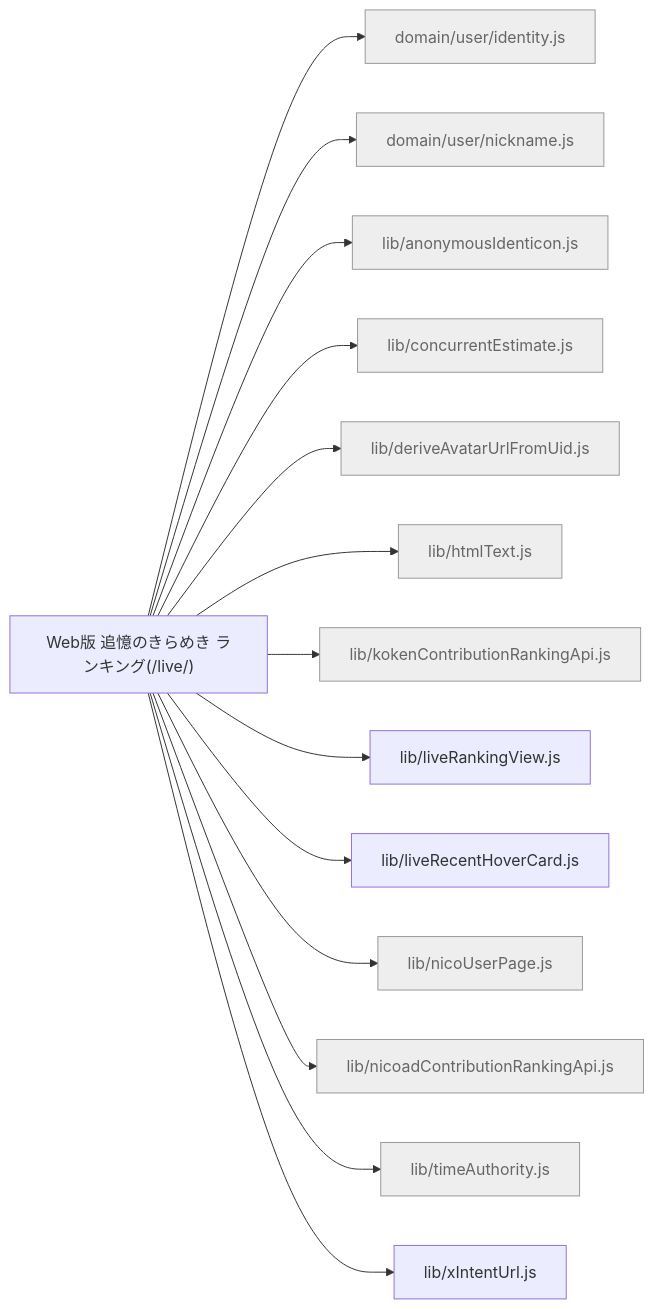
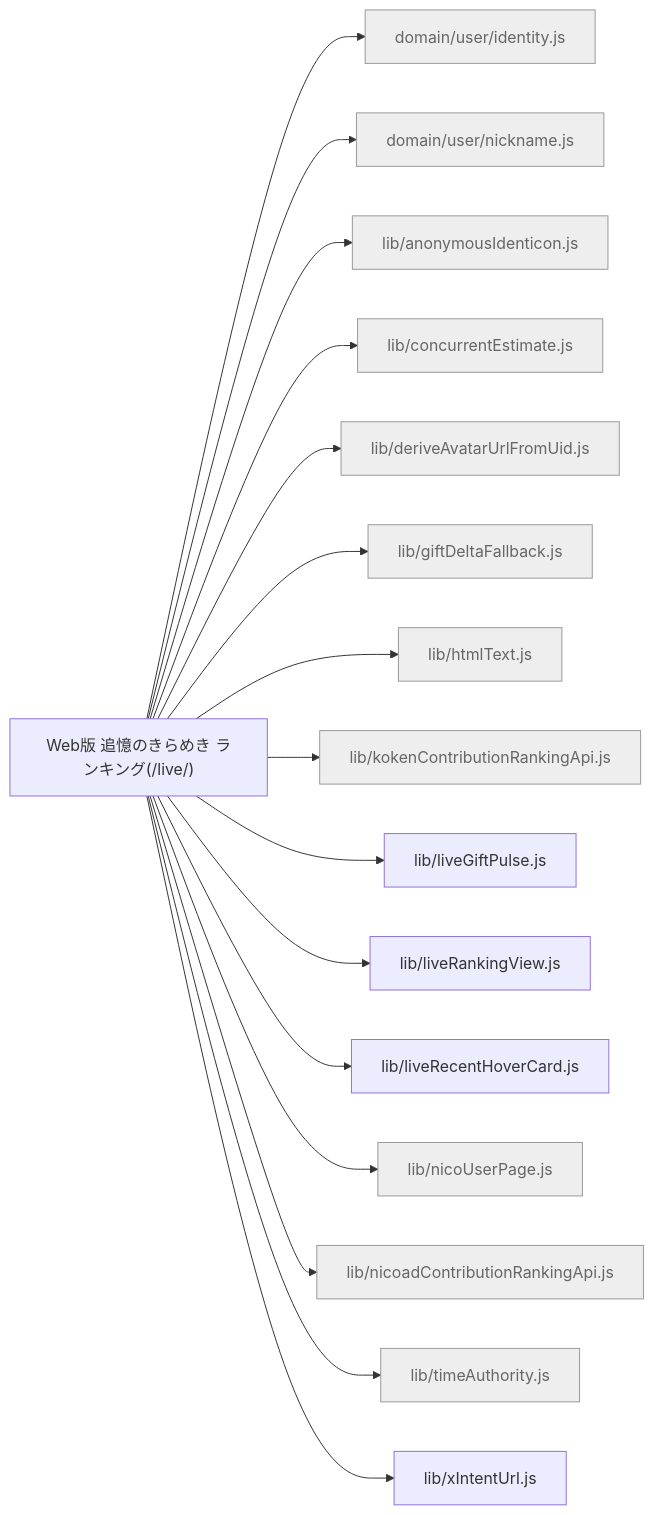
One commit to kimito-link/tsuioku-no-kirameki.com changed the diagram in docs/feature-map/live-ranking.md. Above: the diagram before and after it, drawn with Mermaid. The commit also changed 29 other files, not shown here.

````diff
--- a/docs/feature-map/live-ranking.md
+++ b/docs/feature-map/live-ranking.md
@@ -13,18 +13,20 @@
 ```mermaid
 graph LR
   n_live_ranking["Web版 追憶のきらめき ランキング(/live/)"]
   n_live_ranking --> n_src_domain_user_identity_js["domain/user/identity.js"]:::shared
   n_live_ranking --> n_src_domain_user_nickname_js["domain/user/nickname.js"]:::shared
   n_live_ranking --> n_src_lib_anonymousIdenticon_js["lib/anonymousIdenticon.js"]:::shared
   n_live_ranking --> n_src_lib_concurrentEstimate_js["lib/concurrentEstimate.js"]:::shared
   n_live_ranking --> n_src_lib_deriveAvatarUrlFromUid_js["lib/deriveAvatarUrlFromUid.js"]:::shared
+  n_live_ranking --> n_src_lib_giftDeltaFallback_js["lib/giftDeltaFallback.js"]:::shared
   n_live_ranking --> n_src_lib_htmlText_js["lib/htmlText.js"]:::shared
   n_live_ranking --> n_src_lib_kokenContributionRankingApi_js["lib/kokenContributionRankingApi.js"]:::shared
+  n_live_ranking --> n_src_lib_liveGiftPulse_js["lib/liveGiftPulse.js"]
   n_live_ranking --> n_src_lib_liveRankingView_js["lib/liveRankingView.js"]
   n_live_ranking --> n_src_lib_liveRecentHoverCard_js["lib/liveRecentHoverCard.js"]
   n_live_ranking --> n_src_lib_nicoUserPage_js["lib/nicoUserPage.js"]:::shared
   n_live_ranking --> n_src_lib_nicoadContributionRankingApi_js["lib/nicoadContributionRankingApi.js"]:::shared
   n_live_ranking --> n_src_lib_timeAuthority_js["lib/timeAuthority.js"]:::shared
   n_live_ranking --> n_src_lib_xIntentUrl_js["lib/xIntentUrl.js"]
   classDef shared fill:#eee,stroke:#999,color:#666;
 ```
````
